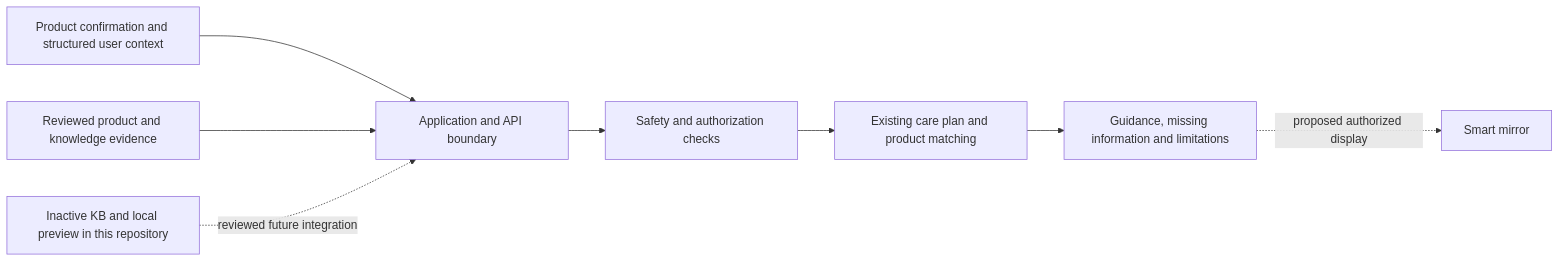
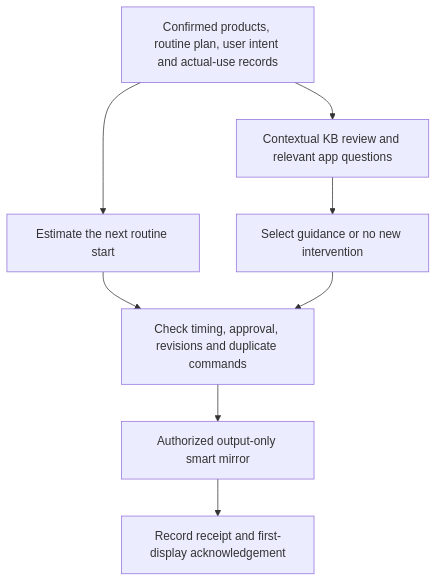
Before and after one commit to rnehdud/ppopy: the diagram in courses/software-engineering/README.md, drawn with Mermaid. The commit also changed other lines of this file and 5 other files, not shown here.

````diff
--- a/courses/software-engineering/README.md
+++ b/courses/software-engineering/README.md
@@ -7,10 +16,10 @@
 ```mermaid
-flowchart LR
-    Input[Product confirmation and structured user context] --> App[Application and API boundary]
-    Evidence[Reviewed product and knowledge evidence] --> App
-    App --> Safety[Safety and authorization checks]
-    Safety --> Plan[Existing care plan and product matching]
-    Plan --> Results[Guidance, missing information and limitations]
-    Results -. proposed authorized display .-> Mirror[Smart mirror]
-    KB[Inactive KB and local preview in this repository] -. reviewed future integration .-> App
+flowchart TD
+    Inputs[Confirmed products, routine plan, user intent and actual-use records] --> Review[Contextual KB review and relevant app questions]
+    Inputs --> Timing[Estimate the next routine start]
+    Review --> Choice[Select guidance or no new intervention]
+    Timing --> Checks[Check timing, approval, revisions and duplicate commands]
+    Choice --> Checks
+    Checks --> Mirror[Authorized output-only smart mirror]
+    Mirror --> Events[Record receipt and first-display acknowledgement]
 ```
````
